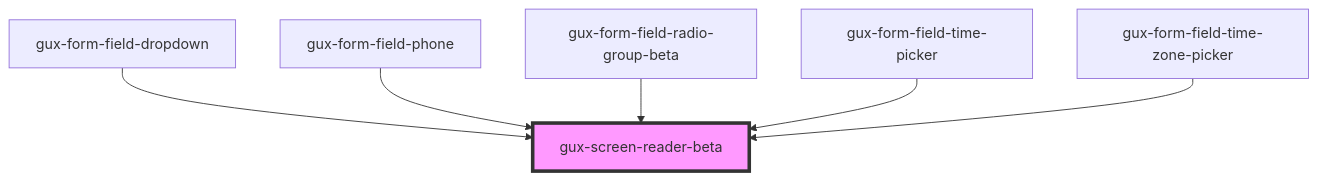
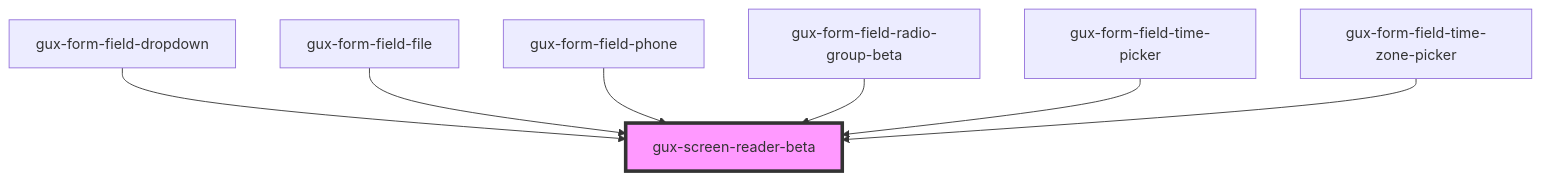
Before and after one commit to MyPureCloud/genesys-spark: the diagram in packages/genesys-spark-components/src/components/beta/gux-screen-reader/readme.md, drawn with Mermaid. The commit also changed other lines of this file and 13 other files, not shown here.

First line of the commit message:
feat(other): form-field-file

````diff
--- a/packages/genesys-spark-components/src/components/beta/gux-screen-reader/readme.md
+++ b/packages/genesys-spark-components/src/components/beta/gux-screen-reader/readme.md
@@ -26,9 +27,10 @@
 ```mermaid
 graph TD;
   gux-form-field-dropdown --> gux-screen-reader-beta
+  gux-form-field-file --> gux-screen-reader-beta
   gux-form-field-phone --> gux-screen-reader-beta
   gux-form-field-radio-group-beta --> gux-screen-reader-beta
   gux-form-field-time-picker --> gux-screen-reader-beta
   gux-form-field-time-zone-picker --> gux-screen-reader-beta
   style gux-screen-reader-beta fill:#f9f,stroke:#333,stroke-width:4px
 ```
````
